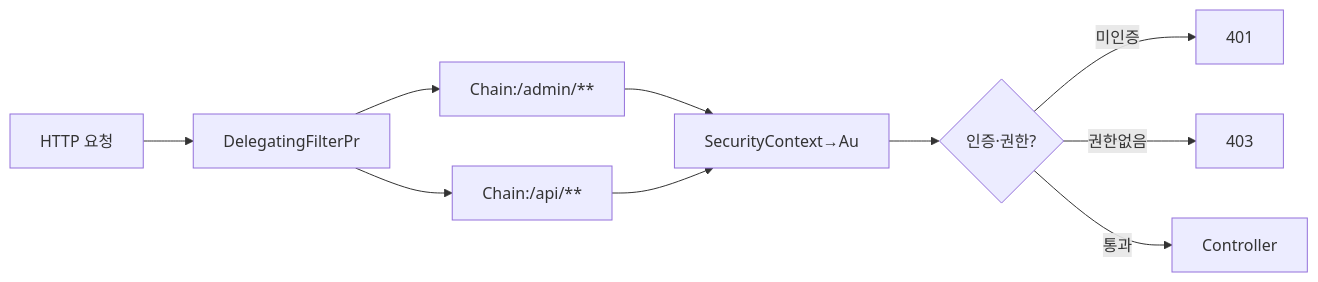
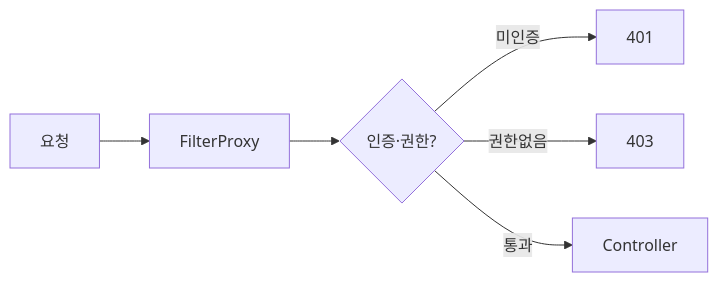
One commit to yjkim2015/yjkim2015.github.io changed the first of 7 diagrams in _posts/spring/2026-05-02-spring-security-deep.md. Above: the diagram before and after it, drawn with Mermaid. The commit also changed other lines of this file and 163 other files, not shown here.

First line of the commit message:
Mermaid 300개 블록 내용 축소: 5노드 5엣지 이하, 의미 있는 약어

````diff
--- a/_posts/spring/2026-05-02-spring-security-deep.md
+++ b/_posts/spring/2026-05-02-spring-security-deep.md
@@ -32,11 +32,8 @@
 ```mermaid
 graph LR
-    A["HTTP 요청"] --> B["DelegatingFilterPr"]
-    B --> C["Chain:/admin/**"]
-    B --> D["Chain:/api/**"]
-    C & D --> E["SecurityContext→Au"]
-    E --> F{"인증·권한?"}
-    F -->|"미인증"| G["401"]
-    F -->|"권한없음"| H["403"]
-    F -->|"통과"| I["Controller"]
+    A[요청] --> B[FilterProxy]
+    B --> C{인증·권한?}
+    C -->|미인증| D[401]
+    C -->|권한없음| E[403]
+    C -->|통과| F[Controller]
 ```
````
